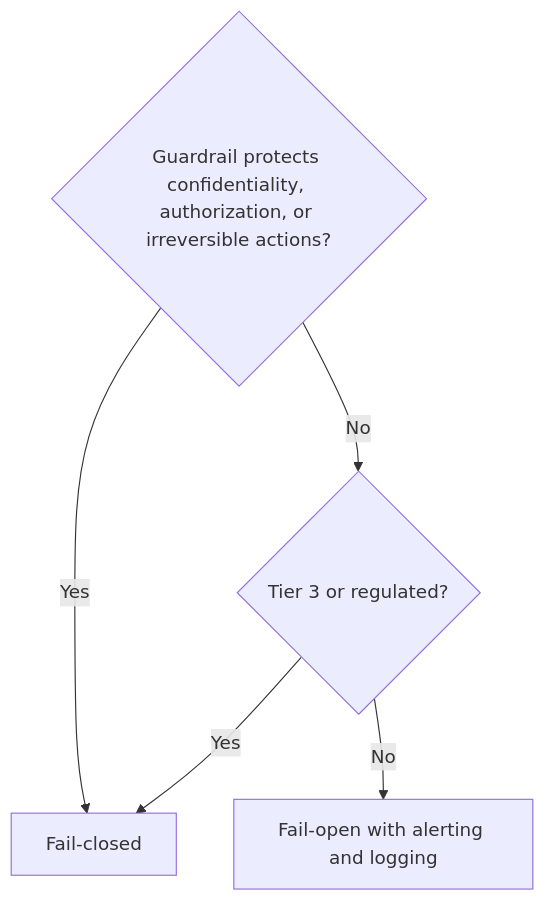
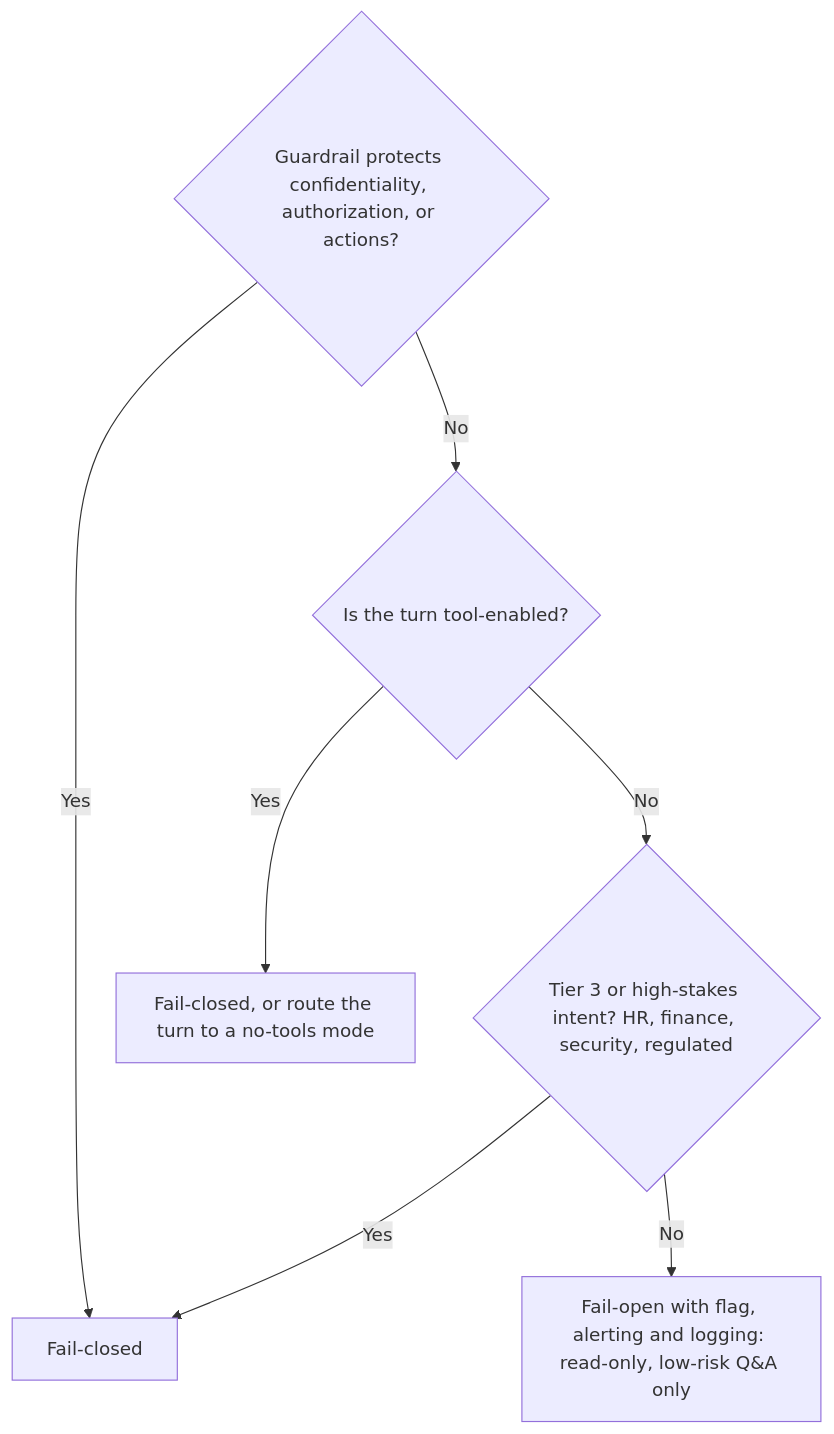
Before and after one commit to Sarangk90/awesome-agent-evals-and-guardrails: the fourth of 5 diagrams in research/05-decision-framework/02-guardrail-selection-decision-tree.md, drawn with Mermaid. The commit also changed other lines of this file and 5 other files, not shown here.

````diff
--- a/research/05-decision-framework/02-guardrail-selection-decision-tree.md
+++ b/research/05-decision-framework/02-guardrail-selection-decision-tree.md
@@ -183,7 +234,9 @@
 ```mermaid
 flowchart TD
-    A{"Guardrail protects confidentiality, authorization, or irreversible actions?"} -- Yes --> FC["Fail-closed"]
-    A -- No --> B{"Tier 3 or regulated?"}
+    A{"Guardrail protects confidentiality, authorization, or actions?"} -- Yes --> FC["Fail-closed"]
+    A -- No --> TE{"Is the turn tool-enabled?"}
+    TE -- Yes --> FCT["Fail-closed, or route the turn to a no-tools mode"]
+    TE -- No --> B{"Tier 3 or high-stakes intent? HR, finance, security, regulated"}
     B -- Yes --> FC
-    B -- No --> FO["Fail-open with alerting and logging"]
+    B -- No --> FO["Fail-open with flag, alerting and logging: read-only, low-risk Q&A only"]
 ```
````
